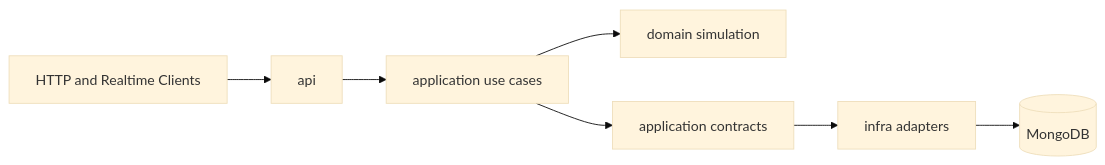
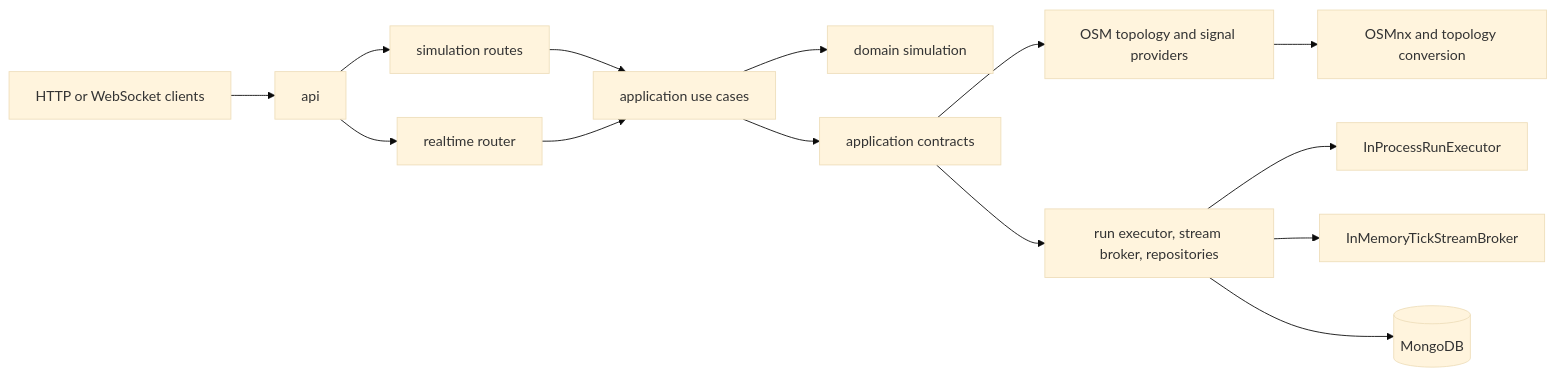
One commit to Tarffic-Simulator/Engine changed the first of 3 diagrams in ARCHITECTURE.md. Above: the diagram before and after it, drawn with Mermaid (base theme). The commit also changed other lines of this file and 74 other files, not shown here.

````diff
--- a/ARCHITECTURE.md
+++ b/ARCHITECTURE.md
@@ -34,9 +37,16 @@
 ```mermaid
 flowchart LR
-    Client[HTTP and Realtime Clients] --> API[api]
-    API --> APP[application use cases]
+    Client[HTTP or WebSocket clients] --> API[api]
+    API --> Sync[simulation routes]
+    API --> Realtime[realtime router]
+    Sync --> APP[application use cases]
+    Realtime --> APP
     APP --> DOMAIN[domain simulation]
     APP --> PORTS[application contracts]
-    PORTS --> INFRA[infra adapters]
-    INFRA --> MONGO[(MongoDB)]
+    PORTS --> TOPO[OSM topology and signal providers]
+    PORTS --> RUNTIME[run executor, stream broker, repositories]
+    TOPO --> OSM[OSMnx and topology conversion]
+    RUNTIME --> EXEC[InProcessRunExecutor]
+    RUNTIME --> BROKER[InMemoryTickStreamBroker]
+    RUNTIME --> MONGO[(MongoDB)]
 ```
````
